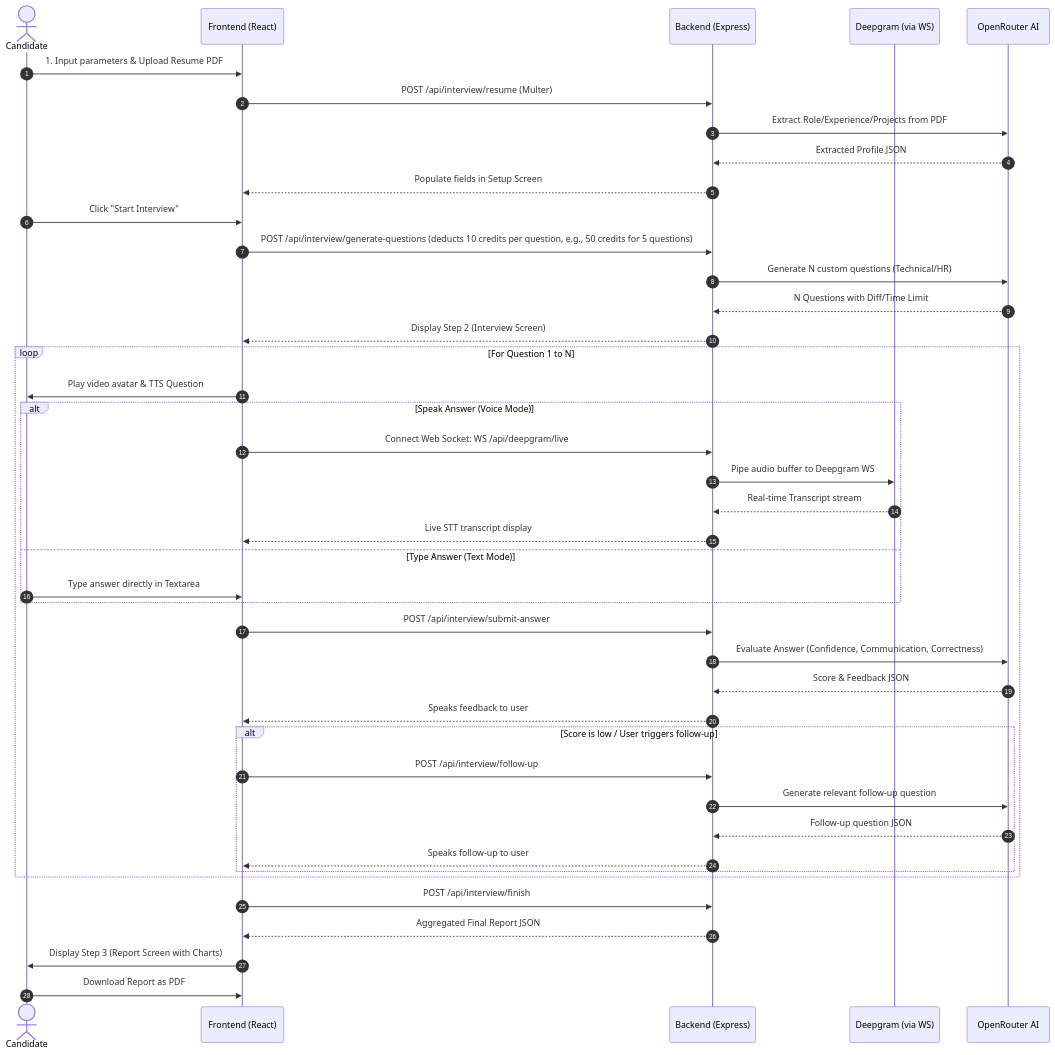
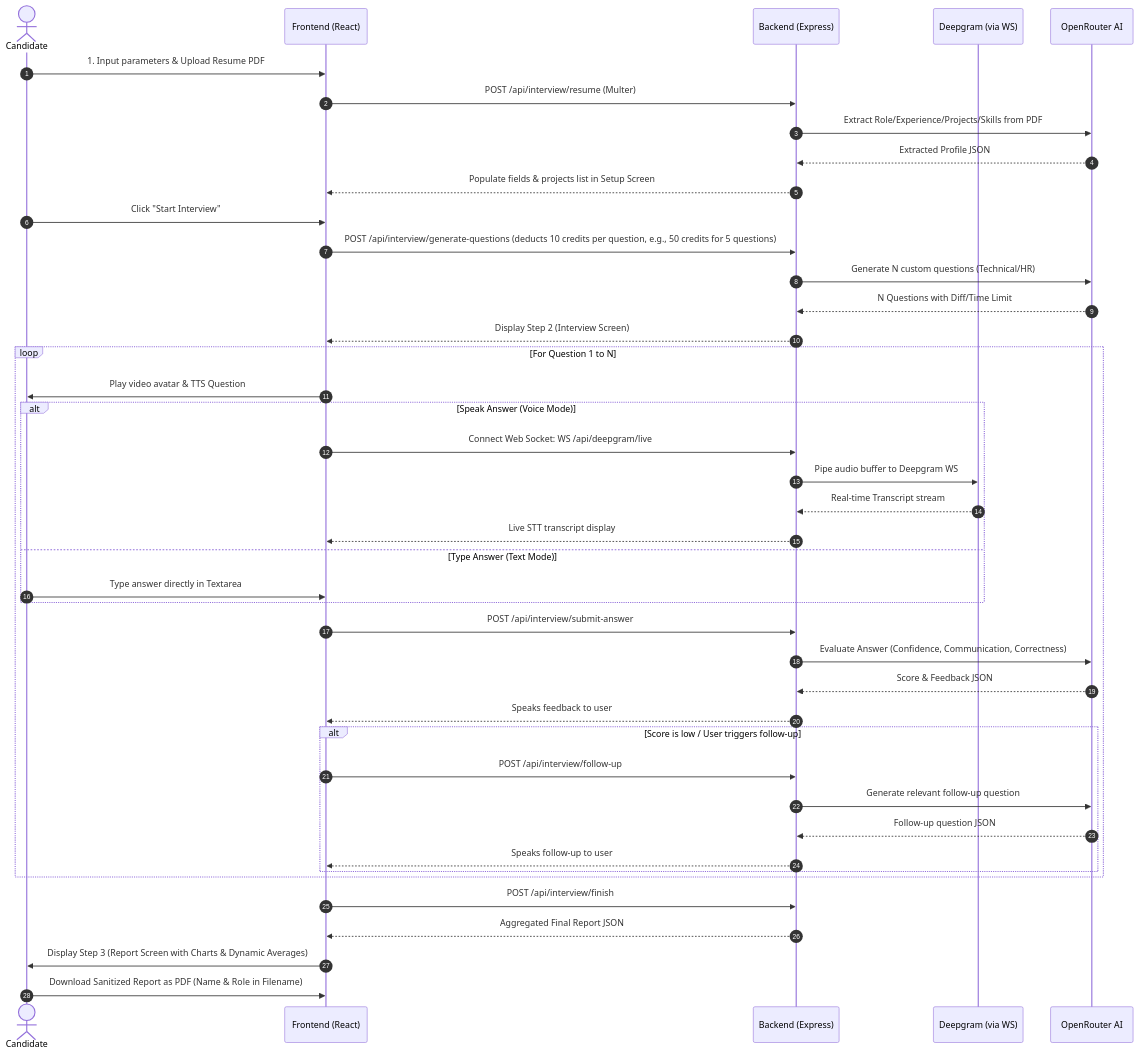
The second of 2 diagrams in README.md (aarnav24/ai_mock_interview), drawn with Mermaid before and after one commit. The commit also changed other lines of this file, not shown here.

Commit message:
docs: rename project to IntervuAI, update README with UI/PDF enhancements, routing fallbacks, and dependency changes

````diff
--- a/README.md
+++ b/README.md
@@ -156,45 +160,45 @@
 ```mermaid
 sequenceDiagram
     autonumber
     actor User as Candidate
     participant FE as Frontend (React)
     participant BE as Backend (Express)
     participant DG as Deepgram (via WS)
     participant AI as OpenRouter AI
 
     User->>FE: 1. Input parameters & Upload Resume PDF
     FE->>BE: POST /api/interview/resume (Multer)
-    BE->>AI: Extract Role/Experience/Projects from PDF
+    BE->>AI: Extract Role/Experience/Projects/Skills from PDF
     AI-->>BE: Extracted Profile JSON
-    BE-->>FE: Populate fields in Setup Screen
+    BE-->>FE: Populate fields & projects list in Setup Screen
     User->>FE: Click "Start Interview"
     FE->>BE: POST /api/interview/generate-questions (deducts 10 credits per question, e.g., 50 credits for 5 questions)
     BE->>AI: Generate N custom questions (Technical/HR)
     AI-->>BE: N Questions with Diff/Time Limit
     BE-->>FE: Display Step 2 (Interview Screen)
     loop For Question 1 to N
         FE->>User: Play video avatar & TTS Question
         alt Speak Answer (Voice Mode)
             FE->>BE: Connect Web Socket: WS /api/deepgram/live
             BE->>DG: Pipe audio buffer to Deepgram WS
             DG-->>BE: Real-time Transcript stream
             BE-->>FE: Live STT transcript display
         else Type Answer (Text Mode)
             User->>FE: Type answer directly in Textarea
         end
         FE->>BE: POST /api/interview/submit-answer
         BE->>AI: Evaluate Answer (Confidence, Communication, Correctness)
         AI-->>BE: Score & Feedback JSON
         BE-->>FE: Speaks feedback to user
         alt Score is low / User triggers follow-up
             FE->>BE: POST /api/interview/follow-up
             BE->>AI: Generate relevant follow-up question
             AI-->>BE: Follow-up question JSON
             BE-->>FE: Speaks follow-up to user
         end
     end
     FE->>BE: POST /api/interview/finish
     BE-->>FE: Aggregated Final Report JSON
-    FE->>User: Display Step 3 (Report Screen with Charts)
-    User->>FE: Download Report as PDF
+    FE->>User: Display Step 3 (Report Screen with Charts & Dynamic Averages)
+    User->>FE: Download Sanitized Report as PDF (Name & Role in Filename)
 ```
````
